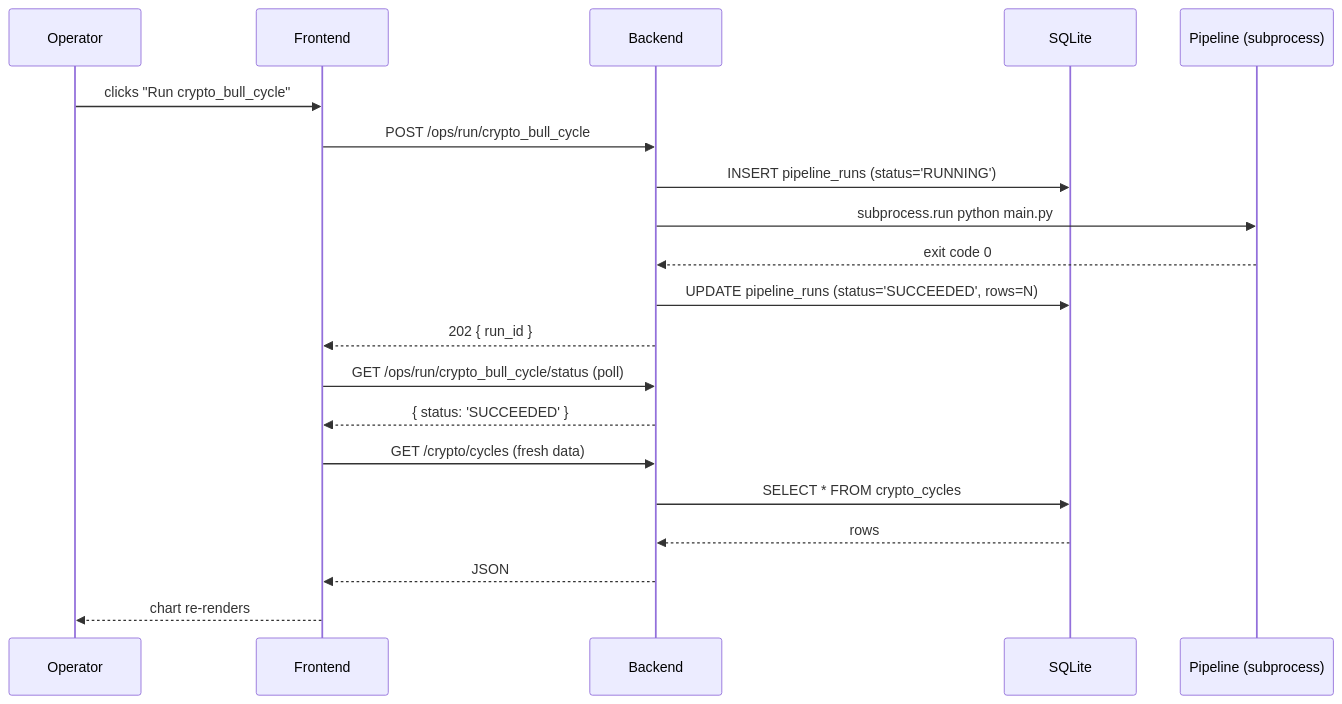
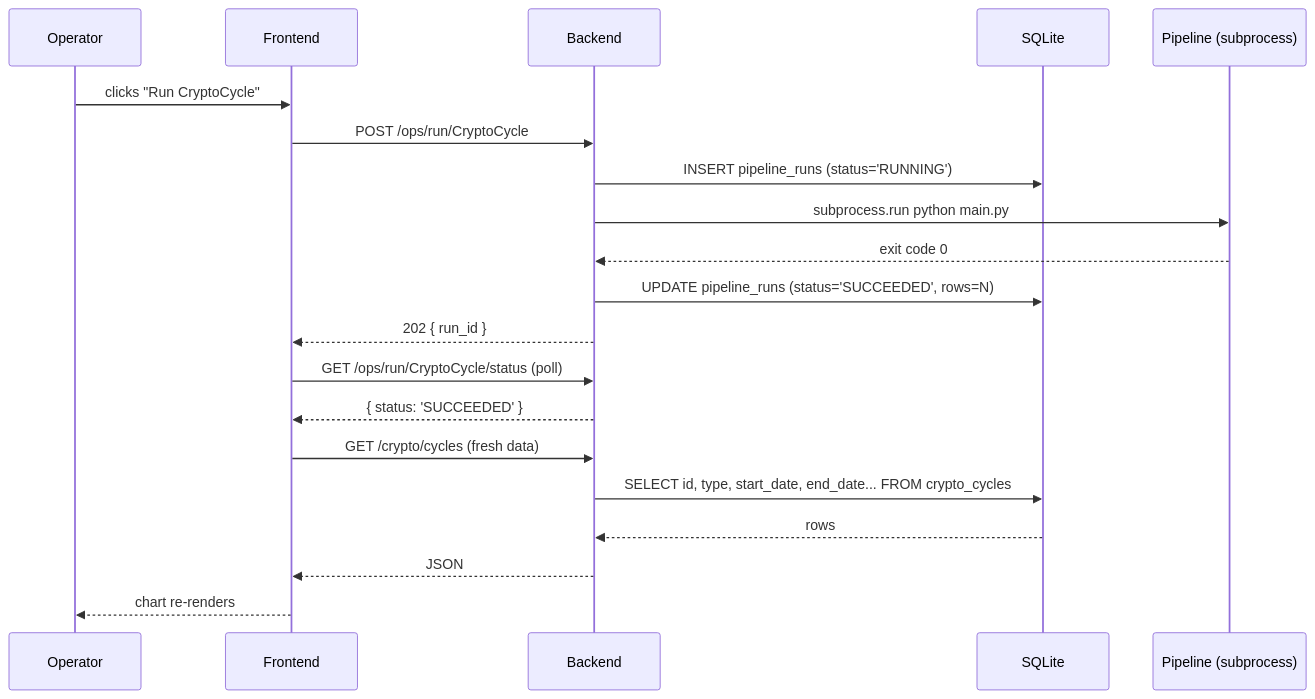
The third of 8 diagrams in docs/architecture/UML_DIAGRAMS.md (Manutd1234/Infrastructure_Projects), drawn with Mermaid before and after one commit. The commit also changed 41 other files, not shown here.

````diff
--- a/docs/architecture/UML_DIAGRAMS.md
+++ b/docs/architecture/UML_DIAGRAMS.md
@@ -68,23 +68,23 @@
 ```mermaid
 sequenceDiagram
     participant U as Operator
     participant F as Frontend
     participant B as Backend
     participant DB as SQLite
     participant P as Pipeline (subprocess)
 
-    U->>F: clicks "Run crypto_bull_cycle"
-    F->>B: POST /ops/run/crypto_bull_cycle
+    U->>F: clicks "Run CryptoCycle"
+    F->>B: POST /ops/run/CryptoCycle
     B->>DB: INSERT pipeline_runs (status='RUNNING')
     B->>P: subprocess.run python main.py
     P-->>B: exit code 0
     B->>DB: UPDATE pipeline_runs (status='SUCCEEDED', rows=N)
     B-->>F: 202 { run_id }
-    F->>B: GET /ops/run/crypto_bull_cycle/status (poll)
+    F->>B: GET /ops/run/CryptoCycle/status (poll)
     B-->>F: { status: 'SUCCEEDED' }
     F->>B: GET /crypto/cycles (fresh data)
-    B->>DB: SELECT * FROM crypto_cycles
+    B->>DB: SELECT id, type, start_date, end_date... FROM crypto_cycles
     DB-->>B: rows
     B-->>F: JSON
     F-->>U: chart re-renders
 ```
````
